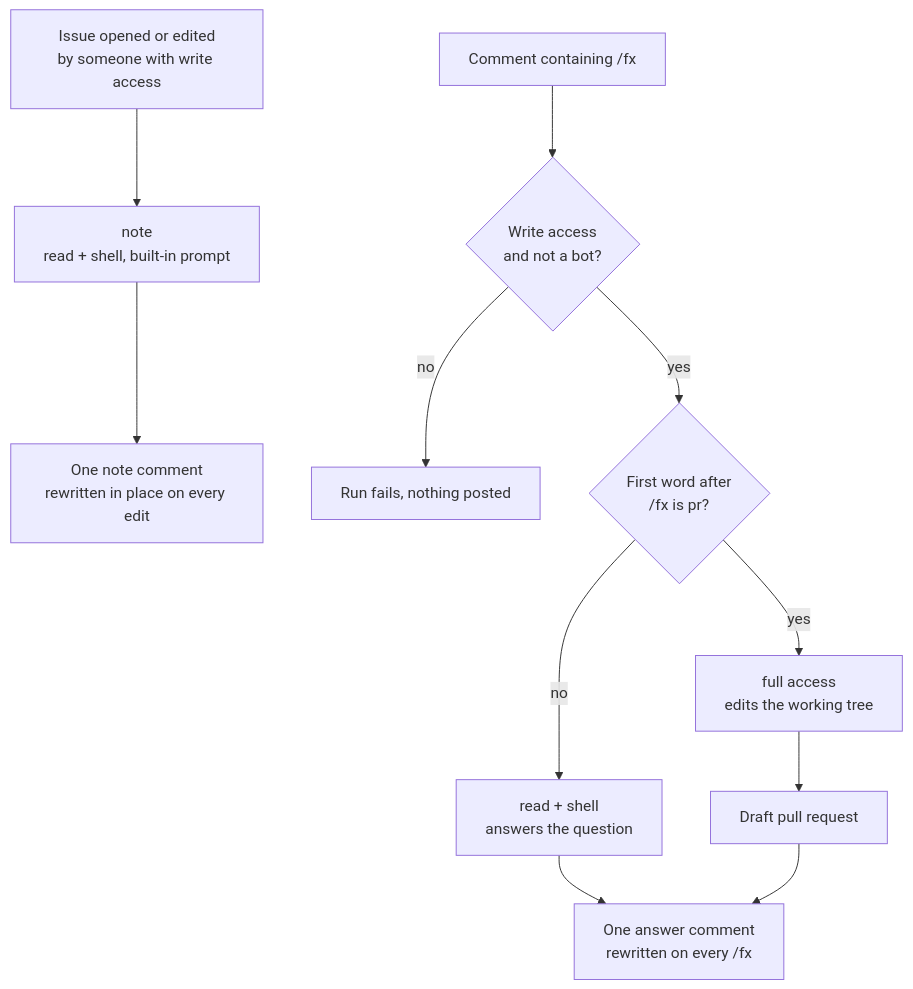
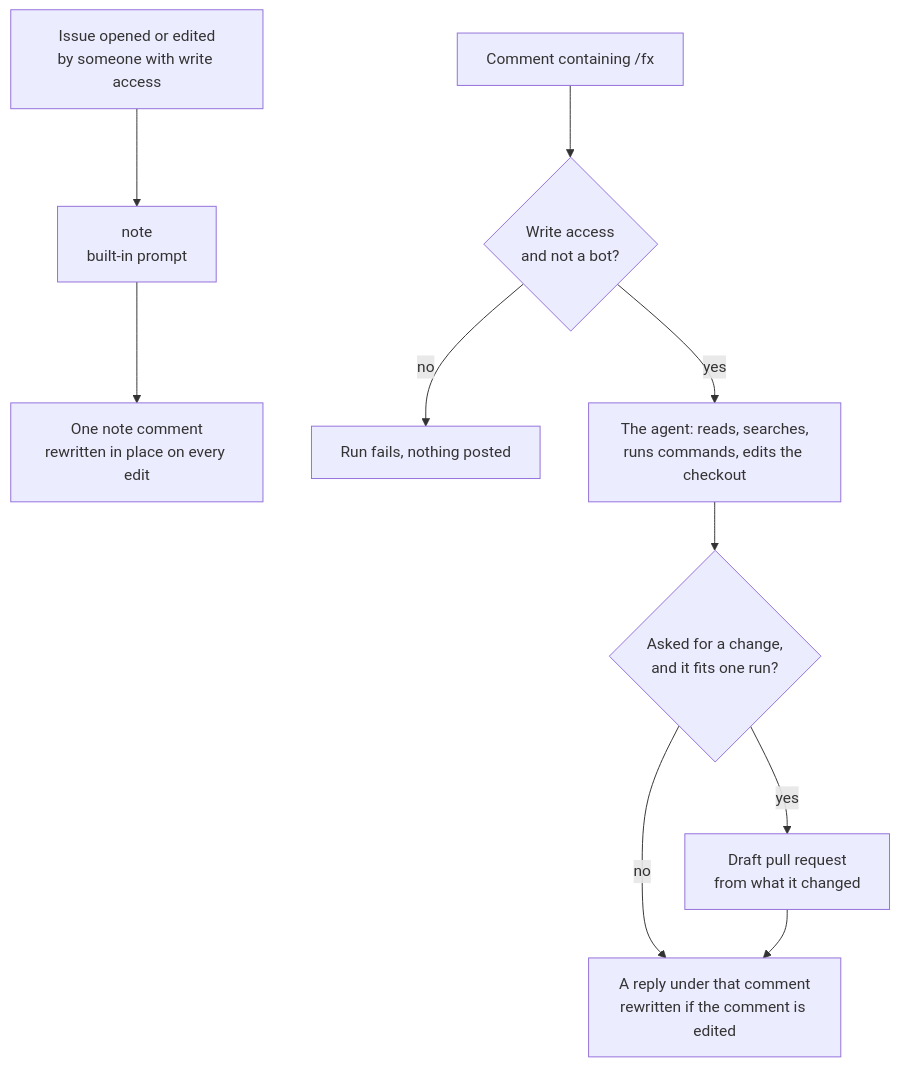
Before and after one commit to actions-marketplace-validations/khalido_fx-agent-action: the diagram in README.md, drawn with Mermaid. The commit also changed other lines of this file and 11 other files, not shown here.

First line of the commit message:
Docs for the one agent, and two things the first live PR taught

````diff
--- a/README.md
+++ b/README.md
@@ -70,12 +74,11 @@
 ```mermaid
 flowchart TD
-    I[Issue opened or edited<br/>by someone with write access] --> N[note<br/>read + shell, built-in prompt]
+    I[Issue opened or edited<br/>by someone with write access] --> N[note<br/>built-in prompt]
     N --> NC[One note comment<br/>rewritten in place on every edit]
     C["Comment containing /fx"] --> G{Write access<br/>and not a bot?}
     G -- no --> X[Run fails, nothing posted]
-    G -- yes --> V{First word after<br/>/fx is pr?}
-    V -- no --> R[read + shell<br/>answers the question]
-    V -- yes --> W[full access<br/>edits the working tree]
-    R --> AC[One answer comment<br/>rewritten on every /fx]
-    W --> PR[Draft pull request] --> AC
+    G -- yes --> A[The agent: reads, searches,<br/>runs commands, edits the checkout]
+    A --> D{Asked for a change,<br/>and it fits one run?}
+    D -- no --> AC[A reply under that comment<br/>rewritten if the comment is edited]
+    D -- yes --> PR[Draft pull request<br/>from what it changed] --> AC
 ```
````
